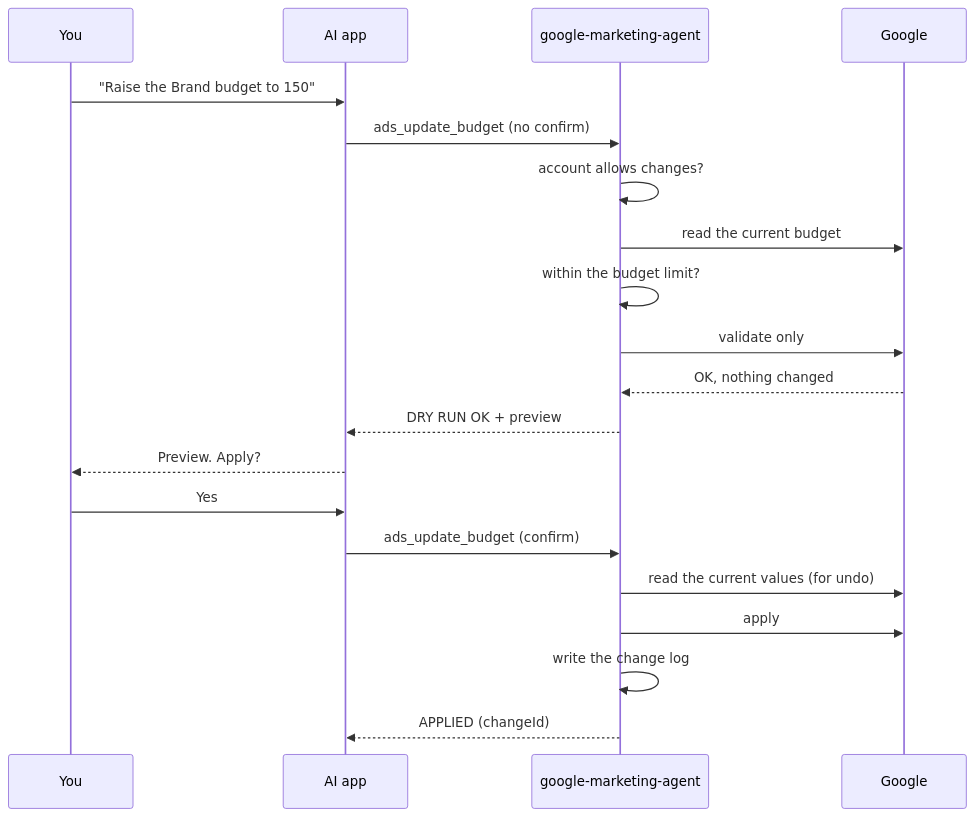
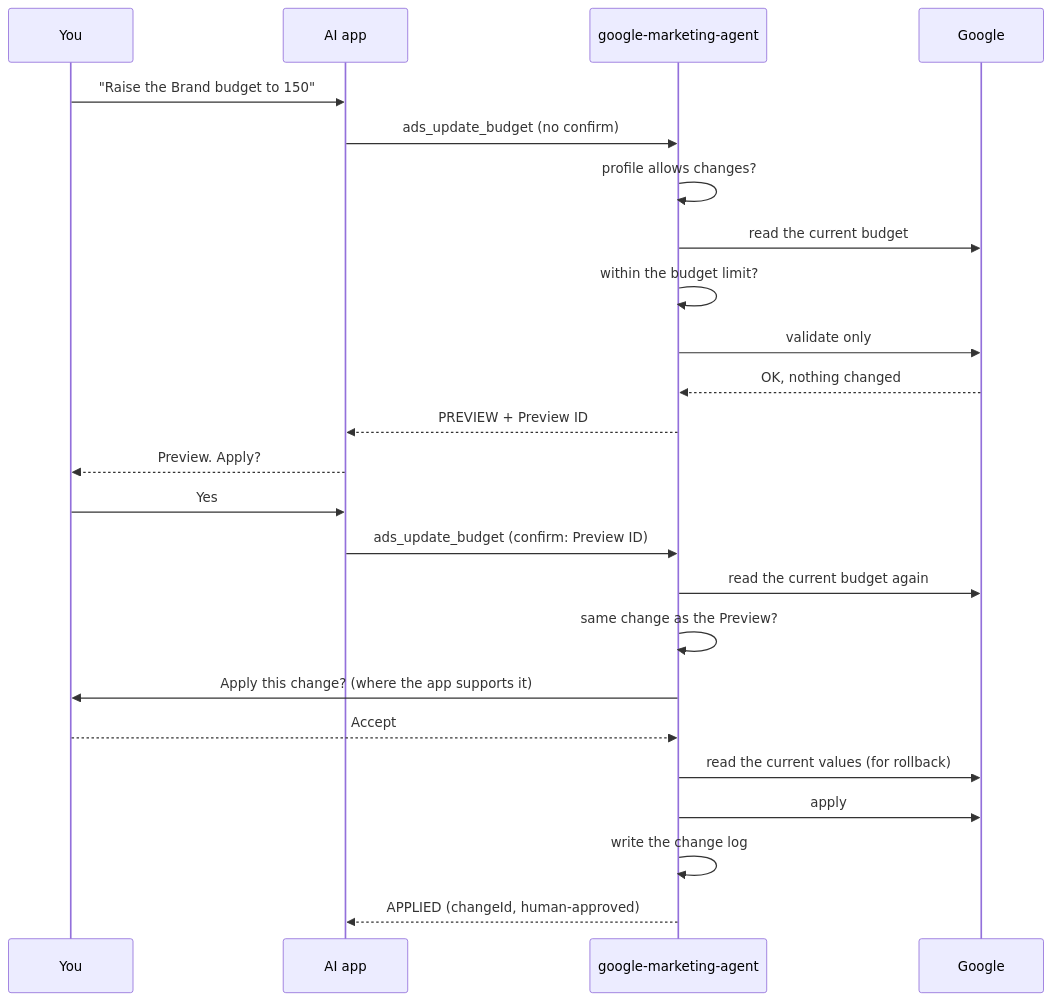
One commit to omarmfouad25/google-marketing-agent changed the second of 2 diagrams in docs/how-it-works.md. Above: the diagram before and after it, drawn with Mermaid. The commit also changed other lines of this file and 18 other files, not shown here.

````diff
--- a/docs/how-it-works.md
+++ b/docs/how-it-works.md
@@ -28,22 +28,26 @@
 ```mermaid
 sequenceDiagram
   participant You
   participant App as AI app
   participant Server as google-marketing-agent
   participant Google
   You->>App: "Raise the Brand budget to 150"
   App->>Server: ads_update_budget (no confirm)
-  Server->>Server: account allows changes?
+  Server->>Server: profile allows changes?
   Server->>Google: read the current budget
   Server->>Server: within the budget limit?
   Server->>Google: validate only
   Google-->>Server: OK, nothing changed
-  Server-->>App: DRY RUN OK + preview
+  Server-->>App: PREVIEW + Preview ID
   App-->>You: Preview. Apply?
   You->>App: Yes
-  App->>Server: ads_update_budget (confirm)
-  Server->>Google: read the current values (for undo)
+  App->>Server: ads_update_budget (confirm: Preview ID)
+  Server->>Google: read the current budget again
+  Server->>Server: same change as the Preview?
+  Server->>You: Apply this change? (where the app supports it)
+  You-->>Server: Accept
+  Server->>Google: read the current values (for rollback)
   Server->>Google: apply
   Server->>Server: write the change log
-  Server-->>App: APPLIED (changeId)
+  Server-->>App: APPLIED (changeId, human-approved)
 ```
````
